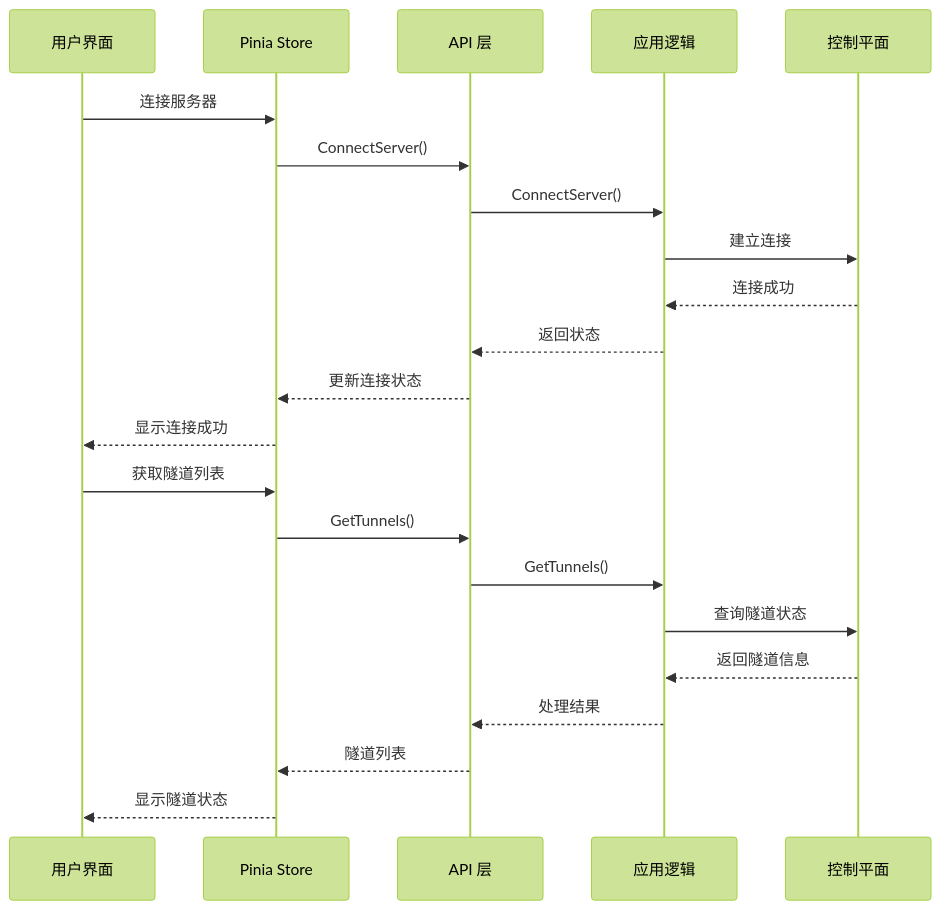
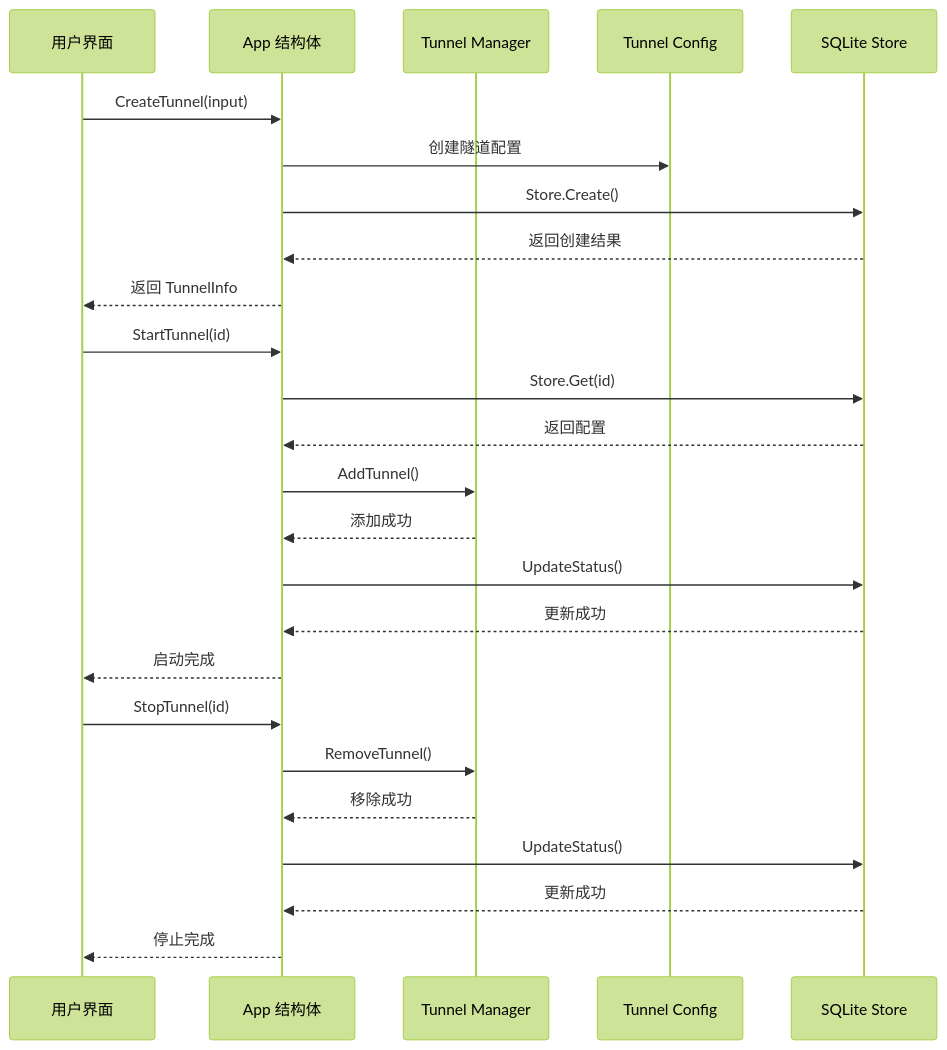
One commit to itsharex/NexTunnel changed the eighth of 12 diagrams in .qoder/repowiki/zh/content/服务端架构/地理定位服务.md. Above: the diagram before and after it, drawn with Mermaid (forest theme). The commit also changed other lines of this file and 48 other files, not shown here.

````diff
--- a/.qoder/repowiki/zh/content/服务端架构/地理定位服务.md
+++ b/.qoder/repowiki/zh/content/服务端架构/地理定位服务.md
@@ -187,24 +334,27 @@
 ```mermaid
 sequenceDiagram
 participant UI as 用户界面
-participant Store as Pinia Store
-participant API as API 层
-participant App as 应用逻辑
-participant Server as 控制平面
-UI->>Store : 连接服务器
-Store->>API : ConnectServer()
-API->>App : ConnectServer()
-App->>Server : 建立连接
-Server-->>App : 连接成功
-App-->>API : 返回状态
-API-->>Store : 更新连接状态
-Store-->>UI : 显示连接成功
-UI->>Store : 获取隧道列表
-Store->>API : GetTunnels()
-API->>App : GetTunnels()
-App->>Server : 查询隧道状态
-Server-->>App : 返回隧道信息
-App-->>API : 处理结果
-API-->>Store : 隧道列表
-Store-->>UI : 显示隧道状态
+participant App as App 结构体
+participant TM as Tunnel Manager
+participant TC as Tunnel Config
+participant SC as SQLite Store
+UI->>App : CreateTunnel(input)
+App->>TC : 创建隧道配置
+App->>SC : Store.Create()
+SC-->>App : 返回创建结果
+App-->>UI : 返回 TunnelInfo
+UI->>App : StartTunnel(id)
+App->>SC : Store.Get(id)
+SC-->>App : 返回配置
+App->>TM : AddTunnel()
+TM-->>App : 添加成功
+App->>SC : UpdateStatus()
+SC-->>App : 更新成功
+App-->>UI : 启动完成
+UI->>App : StopTunnel(id)
+App->>TM : RemoveTunnel()
+TM-->>App : 移除成功
+App->>SC : UpdateStatus()
+SC-->>App : 更新成功
+App-->>UI : 停止完成
 ```
````
